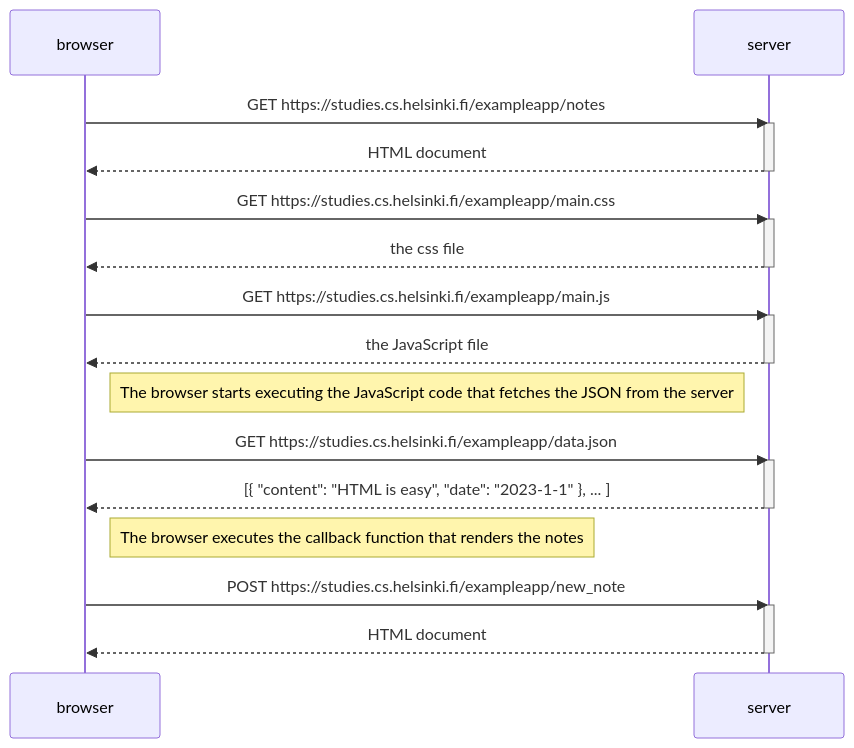
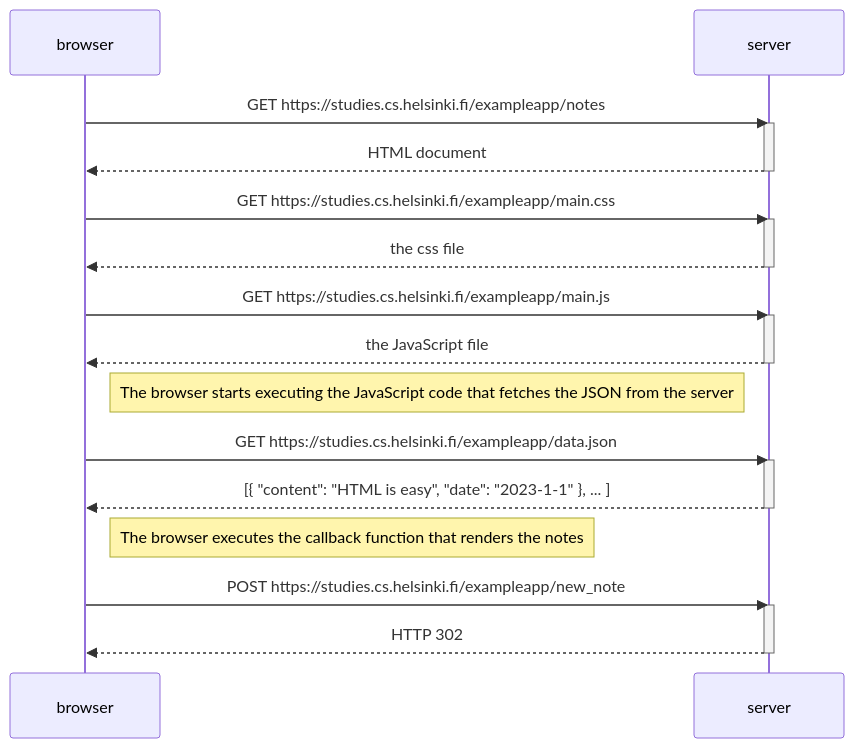
The diagram in osa0/04sequence.md (TorriEetu/palauitusrepositorio), drawn with Mermaid before and after one commit.

Commit message:
Added post message

````diff
--- a/osa0/04sequence.md
+++ b/osa0/04sequence.md
@@ -1,36 +1,36 @@
 ```mermaid
 sequenceDiagram
     participant browser
     participant server
     
     
     browser->>server: GET https://studies.cs.helsinki.fi/exampleapp/notes
     activate server
     server-->>browser: HTML document
     deactivate server
     
     browser->>server: GET https://studies.cs.helsinki.fi/exampleapp/main.css
     activate server
     server-->>browser: the css file
     deactivate server
     
     browser->>server: GET https://studies.cs.helsinki.fi/exampleapp/main.js
     activate server
     server-->>browser: the JavaScript file
     deactivate server
     
     Note right of browser: The browser starts executing the JavaScript code that fetches the JSON from the server
     
     browser->>server: GET https://studies.cs.helsinki.fi/exampleapp/data.json
     activate server
     server-->>browser: [{ "content": "HTML is easy", "date": "2023-1-1" }, ... ]
     deactivate server    
 
     Note right of browser: The browser executes the callback function that renders the notes 
-    
+
     browser->>server: POST https://studies.cs.helsinki.fi/exampleapp/new_note
     activate server
-    server-->>browser: HTML document
+    server-->>browser: HTTP 302
     deactivate server
     
 ```
````
